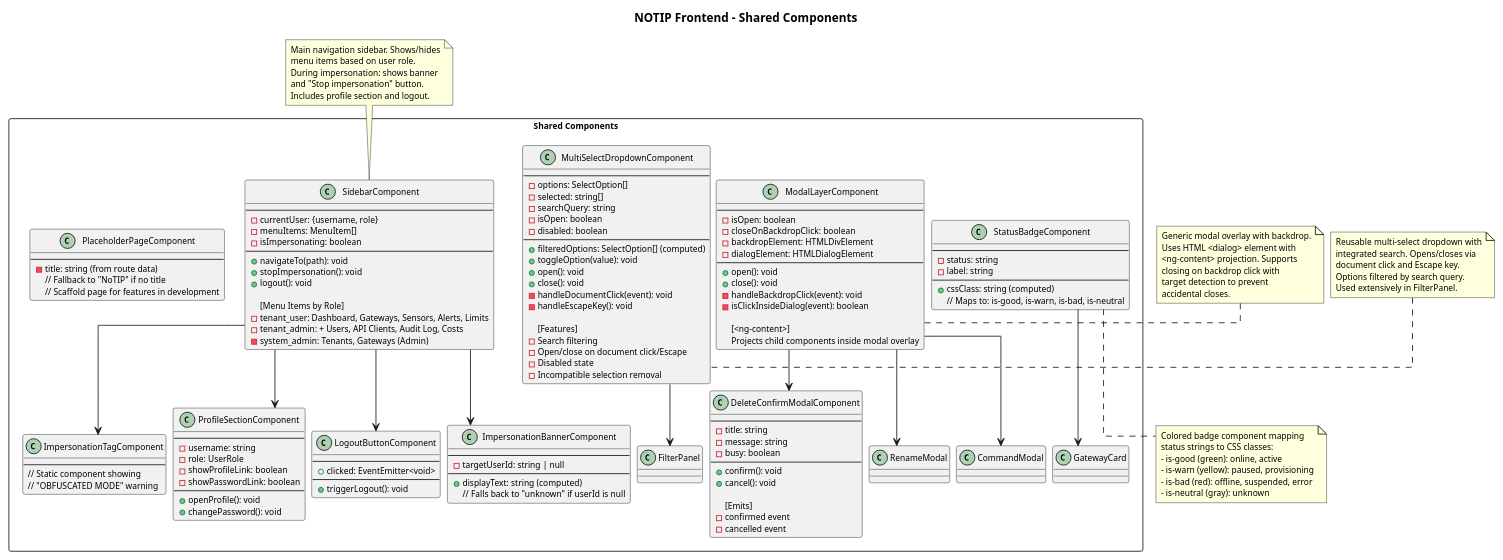
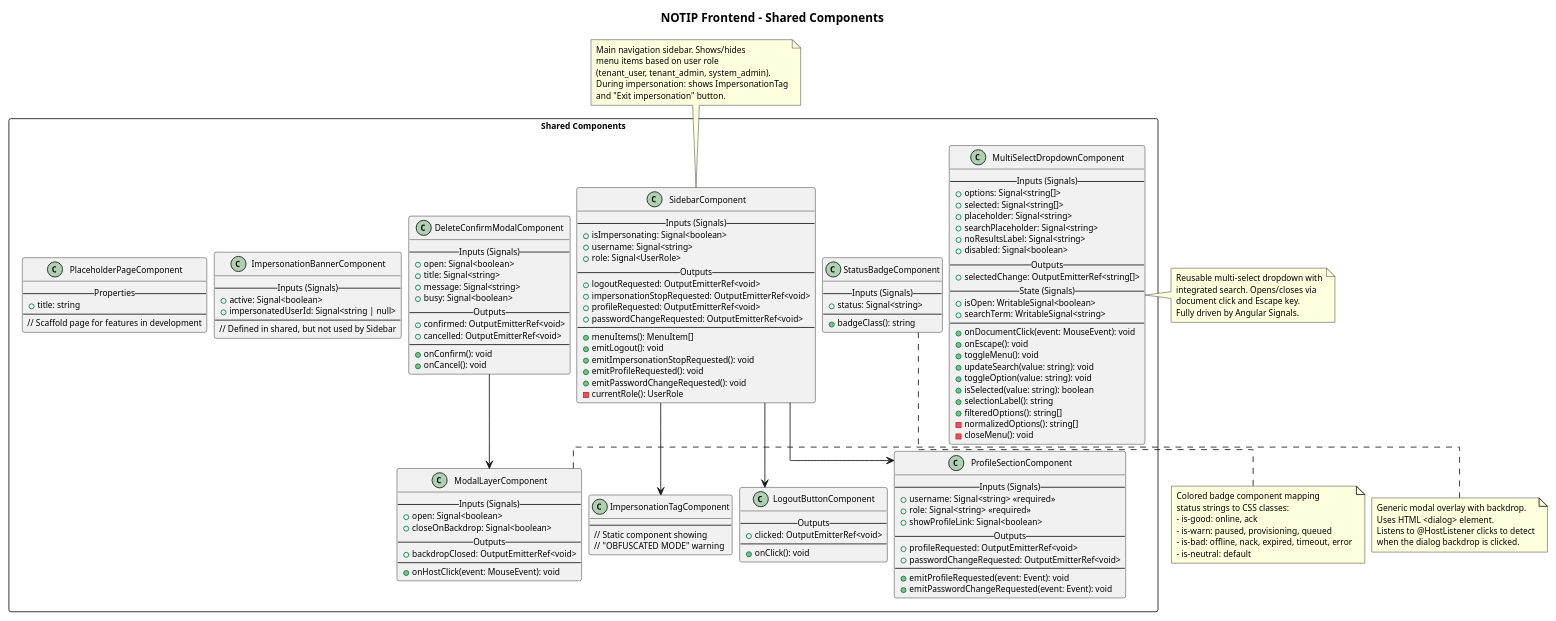
The diagram in docs/13-pb/docest/specifica_tecnica_frontend/assets/10-shared-components.puml (NoTIPswe/RepoDocumentale), drawn with PlantUML before and after one commit. The commit also changed 23 other files, not shown here.

```diff
--- a/docs/13-pb/docest/specifica_tecnica_frontend/assets/10-shared-components.puml
+++ b/docs/13-pb/docest/specifica_tecnica_frontend/assets/10-shared-components.puml
@@ -1,176 +1,169 @@
 @startuml
 title NOTIP Frontend - Shared Components
 
 skinparam backgroundColor #FFFFFF
 skinparam defaultFontSize 10
 skinparam defaultFontColor #000000
 skinparam nodesep 8
 skinparam ranksep 8
 skinparam linetype ortho
 
 package "Shared Components" <<Rectangle>> {
+  
   class "SidebarComponent" as Sidebar {
+    -- Inputs (Signals) --
+    +isImpersonating: Signal<boolean>
+    +username: Signal<string>
+    +role: Signal<UserRole>
+    -- Outputs --
+    +logoutRequested: OutputEmitterRef<void>
+    +impersonationStopRequested: OutputEmitterRef<void>
+    +profileRequested: OutputEmitterRef<void>
+    +passwordChangeRequested: OutputEmitterRef<void>
     --
-    -currentUser: {username, role}
-    -menuItems: MenuItem[]
-    -isImpersonating: boolean
-    --
-    +navigateTo(path): void
-    +stopImpersonation(): void
-    +logout(): void
-
-    [Menu Items by Role]
-    - tenant_user: Dashboard, Gateways, Sensors, Alerts, Limits
-    - tenant_admin: + Users, API Clients, Audit Log, Costs
-    - system_admin: Tenants, Gateways (Admin)
+    +menuItems(): MenuItem[]
+    +emitLogout(): void
+    +emitImpersonationStopRequested(): void
+    +emitProfileRequested(): void
+    +emitPasswordChangeRequested(): void
+    -currentRole(): UserRole
   }
 
   class "ModalLayerComponent" as ModalLayer {
+    -- Inputs (Signals) --
+    +open: Signal<boolean>
+    +closeOnBackdrop: Signal<boolean>
+    -- Outputs --
+    +backdropClosed: OutputEmitterRef<void>
     --
-    -isOpen: boolean
-    -closeOnBackdropClick: boolean
-    -backdropElement: HTMLDivElement
-    -dialogElement: HTMLDialogElement
-    --
-    +open(): void
-    +close(): void
-    -handleBackdropClick(event): void
-    -isClickInsideDialog(event): boolean
-
-    [<ng-content>]
-    Projects child components inside modal overlay
+    +onHostClick(event: MouseEvent): void
   }
 
   class "MultiSelectDropdownComponent" as MultiSelect {
+    -- Inputs (Signals) --
+    +options: Signal<string[]>
+    +selected: Signal<string[]>
+    +placeholder: Signal<string>
+    +searchPlaceholder: Signal<string>
+    +noResultsLabel: Signal<string>
+    +disabled: Signal<boolean>
+    -- Outputs --
+    +selectedChange: OutputEmitterRef<string[]>
+    -- State (Signals) --
+    +isOpen: WritableSignal<boolean>
+    +searchTerm: WritableSignal<string>
     --
-    -options: SelectOption[]
-    -selected: string[]
-    -searchQuery: string
-    -isOpen: boolean
-    -disabled: boolean
-    --
-    +filteredOptions: SelectOption[] (computed)
-    +toggleOption(value): void
-    +open(): void
-    +close(): void
-    -handleDocumentClick(event): void
-    -handleEscapeKey(): void
-
-    [Features]
-    - Search filtering
-    - Open/close on document click/Escape
-    - Disabled state
-    - Incompatible selection removal
+    +onDocumentClick(event: MouseEvent): void
+    +onEscape(): void
+    +toggleMenu(): void
+    +updateSearch(value: string): void
+    +toggleOption(value: string): void
+    +isSelected(value: string): boolean
+    +selectionLabel(): string
+    +filteredOptions(): string[]
+    -normalizedOptions(): string[]
+    -closeMenu(): void
   }
 
   class "StatusBadgeComponent" as StatusBadge {
+    -- Inputs (Signals) --
+    +status: Signal<string>
     --
-    -status: string
-    -label: string
-    --
-    +cssClass: string (computed)
-    // Maps to: is-good, is-warn, is-bad, is-neutral
+    +badgeClass(): string
   }
 
   class "DeleteConfirmModalComponent" as DeleteModal {
+    -- Inputs (Signals) --
+    +open: Signal<boolean>
+    +title: Signal<string>
+    +message: Signal<string>
+    +busy: Signal<boolean>
+    -- Outputs --
+    +confirmed: OutputEmitterRef<void>
+    +cancelled: OutputEmitterRef<void>
     --
-    -title: string
-    -message: string
-    -busy: boolean
-    --
-    +confirm(): void
-    +cancel(): void
-
-    [Emits]
-    - confirmed event
-    - cancelled event
+    +onConfirm(): void
+    +onCancel(): void
   }
 
-  class "ImpersonationBannerComponent" as ImpBanner {
+  class "ProfileSectionComponent" as ProfileSection {
+    -- Inputs (Signals) --
+    +username: Signal<string> <<required>>
+    +role: Signal<string> <<required>>
+    +showProfileLink: Signal<boolean>
+    -- Outputs --
+    +profileRequested: OutputEmitterRef<void>
+    +passwordChangeRequested: OutputEmitterRef<void>
     --
-    -targetUserId: string | null
-    --
-    +displayText: string (computed)
-    // Falls back to "unknown" if userId is null
+    +emitProfileRequested(event: Event): void
+    +emitPasswordChangeRequested(event: Event): void
   }
 
   class "ImpersonationTagComponent" as ImpTag {
     --
     // Static component showing
     // "OBFUSCATED MODE" warning
   }
 
-  class "ProfileSectionComponent" as ProfileSection {
+  class "LogoutButtonComponent" as LogoutBtn {
+    -- Outputs --
+    +clicked: OutputEmitterRef<void>
     --
-    -username: string
-    -role: UserRole
-    -showProfileLink: boolean
-    -showPasswordLink: boolean
-    --
-    +openProfile(): void
-    +changePassword(): void
+    +onClick(): void
   }
 
-  class "LogoutButtonComponent" as LogoutBtn {
+  class "ImpersonationBannerComponent" as ImpBanner {
+    -- Inputs (Signals) --
+    +active: Signal<boolean>
+    +impersonatedUserId: Signal<string | null>
     --
-    +clicked: EventEmitter<void>
-    --
-    +triggerLogout(): void
+    // Defined in shared, but not used by Sidebar
   }
 
   class "PlaceholderPageComponent" as PlaceholderPage {
+    -- Properties --
+    +title: string
     --
-    -title: string (from route data)
-    // Fallback to "NoTIP" if no title
     // Scaffold page for features in development
   }
 
-  ' Usage relationships
-  Sidebar --> ImpBanner
+  ' Usage relationships derived from imports
   Sidebar --> ImpTag
   Sidebar --> ProfileSection
   Sidebar --> LogoutBtn
 
-  ModalLayer --> DeleteModal
-  ModalLayer --> RenameModal
-  ModalLayer --> CommandModal
-
-  MultiSelect --> FilterPanel
-  StatusBadge --> GatewayCard
+  DeleteModal --> ModalLayer
 }
 
 note top of Sidebar
   Main navigation sidebar. Shows/hides
-  menu items based on user role.
-  During impersonation: shows banner
-  and "Stop impersonation" button.
-  Includes profile section and logout.
+  menu items based on user role 
+  (tenant_user, tenant_admin, system_admin).
+  During impersonation: shows ImpersonationTag
+  and "Exit impersonation" button.
 end note
 
 note right of ModalLayer
   Generic modal overlay with backdrop.
-  Uses HTML <dialog> element with
-  <ng-content> projection. Supports
-  closing on backdrop click with
-  target detection to prevent
-  accidental closes.
+  Uses HTML <dialog> element.
+  Listens to @HostListener clicks to detect
+  when the dialog backdrop is clicked.
 end note
 
 note left of MultiSelect
   Reusable multi-select dropdown with
   integrated search. Opens/closes via
   document click and Escape key.
-  Options filtered by search query.
-  Used extensively in FilterPanel.
+  Fully driven by Angular Signals.
 end note
 
 note bottom of StatusBadge
   Colored badge component mapping
   status strings to CSS classes:
-  - is-good (green): online, active
-  - is-warn (yellow): paused, provisioning
-  - is-bad (red): offline, suspended, error
-  - is-neutral (gray): unknown
+  - is-good: online, ack
+  - is-warn: paused, provisioning, queued
+  - is-bad: offline, nack, expired, timeout, error
+  - is-neutral: default
 end note
 
 @enduml
```
